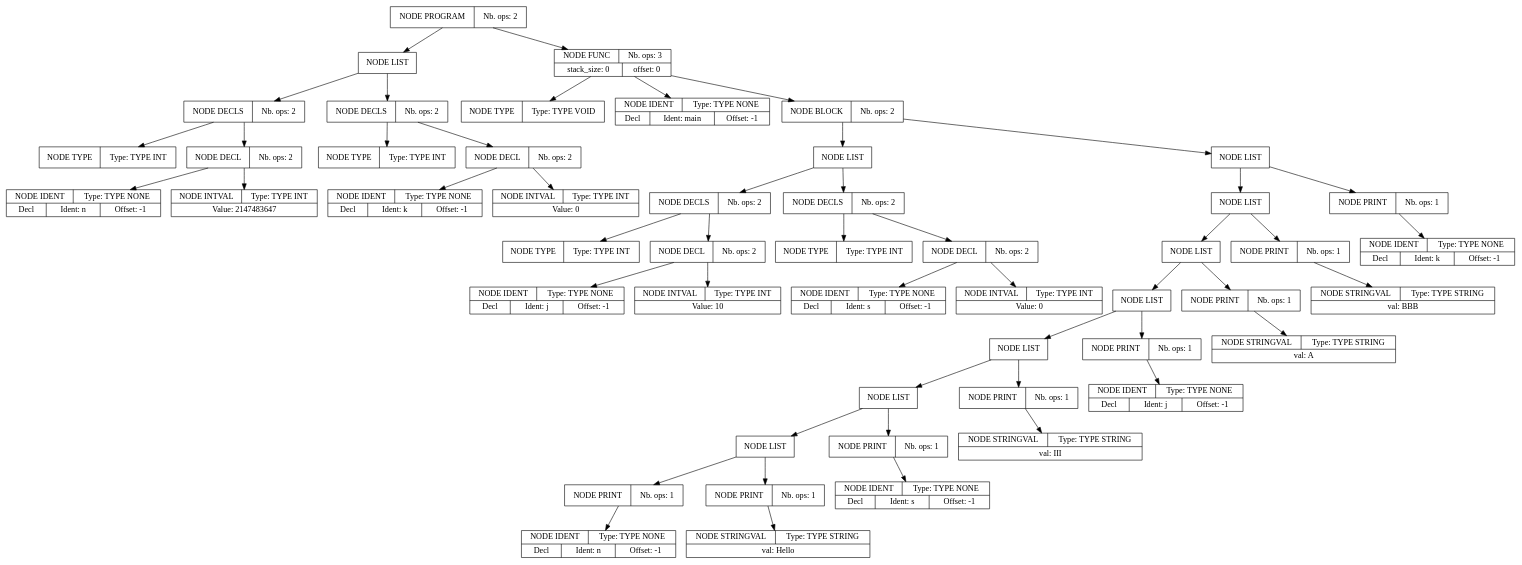
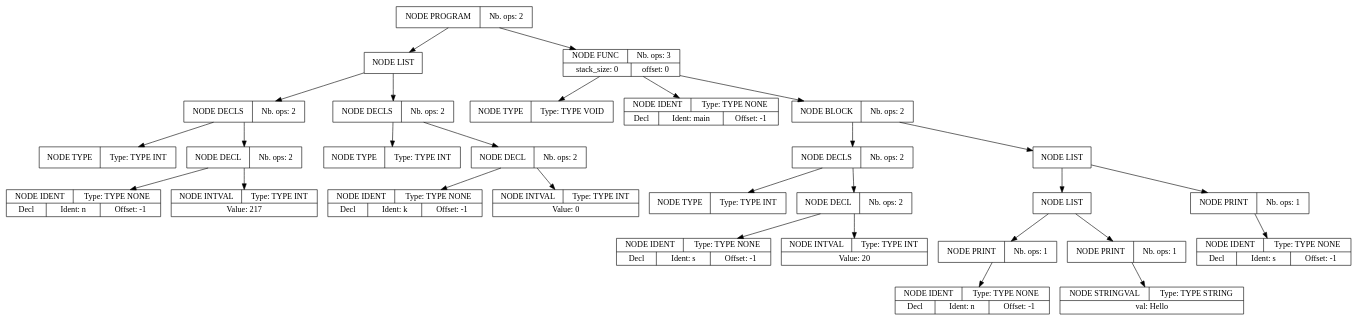
Before and after one commit to Serial-DeV/Compilation: the diagram in projet_compilation_src/tools/apres_syntaxe.dot, drawn with Graphviz. The commit also changed 17 other files, not shown here.

```diff
--- a/projet_compilation_src/tools/apres_syntaxe.dot
+++ b/projet_compilation_src/tools/apres_syntaxe.dot
@@ -1,150 +1,87 @@
 digraph global_vars {
     N1 [shape=record, label="{{NODE PROGRAM|Nb. ops: 2}}"];
     N2 [shape=record, label="{{NODE LIST}}"];
     N3 [shape=record, label="{{NODE DECLS|Nb. ops: 2}}"];
     N4 [shape=record, label="{{NODE TYPE|Type: TYPE INT}}"];
     edge[tailclip=true];
     N3 -> N4
     N5 [shape=record, label="{{NODE DECL|Nb. ops: 2}}"];
     N6 [shape=record, label="{{NODE IDENT|Type: TYPE NONE}|{<decl>Decl      |Ident: n|Offset: -1}}"];
     edge[tailclip=true];
     N5 -> N6
-    N7 [shape=record, label="{{NODE INTVAL|Type: TYPE INT}|{Value: 2147483647}}"];
+    N7 [shape=record, label="{{NODE INTVAL|Type: TYPE INT}|{Value: 217}}"];
     edge[tailclip=true];
     N5 -> N7
     edge[tailclip=true];
     N3 -> N5
     edge[tailclip=true];
     N2 -> N3
     N8 [shape=record, label="{{NODE DECLS|Nb. ops: 2}}"];
     N9 [shape=record, label="{{NODE TYPE|Type: TYPE INT}}"];
     edge[tailclip=true];
     N8 -> N9
     N10 [shape=record, label="{{NODE DECL|Nb. ops: 2}}"];
     N11 [shape=record, label="{{NODE IDENT|Type: TYPE NONE}|{<decl>Decl      |Ident: k|Offset: -1}}"];
     edge[tailclip=true];
     N10 -> N11
     N12 [shape=record, label="{{NODE INTVAL|Type: TYPE INT}|{Value: 0}}"];
     edge[tailclip=true];
     N10 -> N12
     edge[tailclip=true];
     N8 -> N10
     edge[tailclip=true];
     N2 -> N8
     edge[tailclip=true];
     N1 -> N2
     N13 [shape=record, label="{{NODE FUNC|Nb. ops: 3}|{stack_size: 0|offset: 0}}"];
     N14 [shape=record, label="{{NODE TYPE|Type: TYPE VOID}}"];
     edge[tailclip=true];
     N13 -> N14
     N15 [shape=record, label="{{NODE IDENT|Type: TYPE NONE}|{<decl>Decl      |Ident: main|Offset: -1}}"];
     edge[tailclip=true];
     N13 -> N15
     N16 [shape=record, label="{{NODE BLOCK|Nb. ops: 2}}"];
-    N17 [shape=record, label="{{NODE LIST}}"];
-    N18 [shape=record, label="{{NODE DECLS|Nb. ops: 2}}"];
-    N19 [shape=record, label="{{NODE TYPE|Type: TYPE INT}}"];
-    edge[tailclip=true];
-    N18 -> N19
-    N20 [shape=record, label="{{NODE DECL|Nb. ops: 2}}"];
-    N21 [shape=record, label="{{NODE IDENT|Type: TYPE NONE}|{<decl>Decl      |Ident: j|Offset: -1}}"];
-    edge[tailclip=true];
-    N20 -> N21
-    N22 [shape=record, label="{{NODE INTVAL|Type: TYPE INT}|{Value: 10}}"];
-    edge[tailclip=true];
-    N20 -> N22
-    edge[tailclip=true];
-    N18 -> N20
+    N17 [shape=record, label="{{NODE DECLS|Nb. ops: 2}}"];
+    N18 [shape=record, label="{{NODE TYPE|Type: TYPE INT}}"];
     edge[tailclip=true];
     N17 -> N18
-    N23 [shape=record, label="{{NODE DECLS|Nb. ops: 2}}"];
-    N24 [shape=record, label="{{NODE TYPE|Type: TYPE INT}}"];
+    N19 [shape=record, label="{{NODE DECL|Nb. ops: 2}}"];
+    N20 [shape=record, label="{{NODE IDENT|Type: TYPE NONE}|{<decl>Decl      |Ident: s|Offset: -1}}"];
+    edge[tailclip=true];
+    N19 -> N20
+    N21 [shape=record, label="{{NODE INTVAL|Type: TYPE INT}|{Value: 20}}"];
+    edge[tailclip=true];
+    N19 -> N21
+    edge[tailclip=true];
+    N17 -> N19
+    edge[tailclip=true];
+    N16 -> N17
+    N22 [shape=record, label="{{NODE LIST}}"];
+    N23 [shape=record, label="{{NODE LIST}}"];
+    N24 [shape=record, label="{{NODE PRINT|Nb. ops: 1}}"];
+    N25 [shape=record, label="{{NODE IDENT|Type: TYPE NONE}|{<decl>Decl      |Ident: n|Offset: -1}}"];
+    edge[tailclip=true];
+    N24 -> N25
     edge[tailclip=true];
     N23 -> N24
-    N25 [shape=record, label="{{NODE DECL|Nb. ops: 2}}"];
-    N26 [shape=record, label="{{NODE IDENT|Type: TYPE NONE}|{<decl>Decl      |Ident: s|Offset: -1}}"];
+    N26 [shape=record, label="{{NODE PRINT|Nb. ops: 1}}"];
+    N27 [shape=record, label="{{NODE STRINGVAL|Type: TYPE STRING}|{val: Hello\n}}"];
     edge[tailclip=true];
-    N25 -> N26
-    N27 [shape=record, label="{{NODE INTVAL|Type: TYPE INT}|{Value: 0}}"];
+    N26 -> N27
     edge[tailclip=true];
-    N25 -> N27
+    N23 -> N26
     edge[tailclip=true];
-    N23 -> N25
-    edge[tailclip=true];
-    N17 -> N23
-    edge[tailclip=true];
-    N16 -> N17
-    N28 [shape=record, label="{{NODE LIST}}"];
-    N29 [shape=record, label="{{NODE LIST}}"];
-    N30 [shape=record, label="{{NODE LIST}}"];
-    N31 [shape=record, label="{{NODE LIST}}"];
-    N32 [shape=record, label="{{NODE LIST}}"];
-    N33 [shape=record, label="{{NODE LIST}}"];
-    N34 [shape=record, label="{{NODE LIST}}"];
-    N35 [shape=record, label="{{NODE PRINT|Nb. ops: 1}}"];
-    N36 [shape=record, label="{{NODE IDENT|Type: TYPE NONE}|{<decl>Decl      |Ident: n|Offset: -1}}"];
-    edge[tailclip=true];
-    N35 -> N36
-    edge[tailclip=true];
-    N34 -> N35
-    N37 [shape=record, label="{{NODE PRINT|Nb. ops: 1}}"];
-    N38 [shape=record, label="{{NODE STRINGVAL|Type: TYPE STRING}|{val: Hello\n}}"];
-    edge[tailclip=true];
-    N37 -> N38
-    edge[tailclip=true];
-    N34 -> N37
-    edge[tailclip=true];
-    N33 -> N34
-    N39 [shape=record, label="{{NODE PRINT|Nb. ops: 1}}"];
-    N40 [shape=record, label="{{NODE IDENT|Type: TYPE NONE}|{<decl>Decl      |Ident: s|Offset: -1}}"];
-    edge[tailclip=true];
-    N39 -> N40
-    edge[tailclip=true];
-    N33 -> N39
-    edge[tailclip=true];
-    N32 -> N33
-    N41 [shape=record, label="{{NODE PRINT|Nb. ops: 1}}"];
-    N42 [shape=record, label="{{NODE STRINGVAL|Type: TYPE STRING}|{val: III\n}}"];
-    edge[tailclip=true];
-    N41 -> N42
-    edge[tailclip=true];
-    N32 -> N41
-    edge[tailclip=true];
-    N31 -> N32
-    N43 [shape=record, label="{{NODE PRINT|Nb. ops: 1}}"];
-    N44 [shape=record, label="{{NODE IDENT|Type: TYPE NONE}|{<decl>Decl      |Ident: j|Offset: -1}}"];
-    edge[tailclip=true];
-    N43 -> N44
-    edge[tailclip=true];
-    N31 -> N43
-    edge[tailclip=true];
-    N30 -> N31
-    N45 [shape=record, label="{{NODE PRINT|Nb. ops: 1}}"];
-    N46 [shape=record, label="{{NODE STRINGVAL|Type: TYPE STRING}|{val: A\n}}"];
-    edge[tailclip=true];
-    N45 -> N46
-    edge[tailclip=true];
-    N30 -> N45
-    edge[tailclip=true];
-    N29 -> N30
-    N47 [shape=record, label="{{NODE PRINT|Nb. ops: 1}}"];
-    N48 [shape=record, label="{{NODE STRINGVAL|Type: TYPE STRING}|{val: BBB}}"];
-    edge[tailclip=true];
-    N47 -> N48
-    edge[tailclip=true];
-    N29 -> N47
+    N22 -> N23
+    N28 [shape=record, label="{{NODE PRINT|Nb. ops: 1}}"];
+    N29 [shape=record, label="{{NODE IDENT|Type: TYPE NONE}|{<decl>Decl      |Ident: s|Offset: -1}}"];
     edge[tailclip=true];
     N28 -> N29
-    N49 [shape=record, label="{{NODE PRINT|Nb. ops: 1}}"];
-    N50 [shape=record, label="{{NODE IDENT|Type: TYPE NONE}|{<decl>Decl      |Ident: k|Offset: -1}}"];
     edge[tailclip=true];
-    N49 -> N50
+    N22 -> N28
     edge[tailclip=true];
-    N28 -> N49
-    edge[tailclip=true];
-    N16 -> N28
+    N16 -> N22
     edge[tailclip=true];
     N13 -> N16
     edge[tailclip=true];
     N1 -> N13
 }
```
